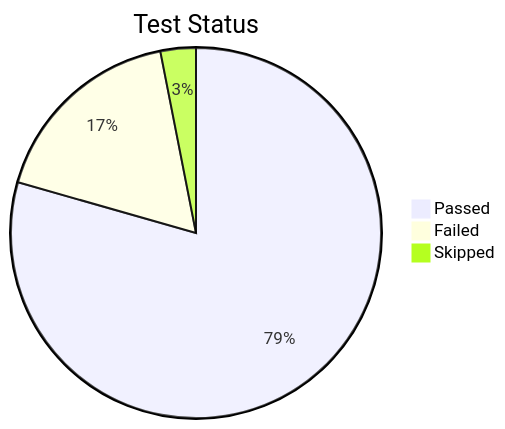
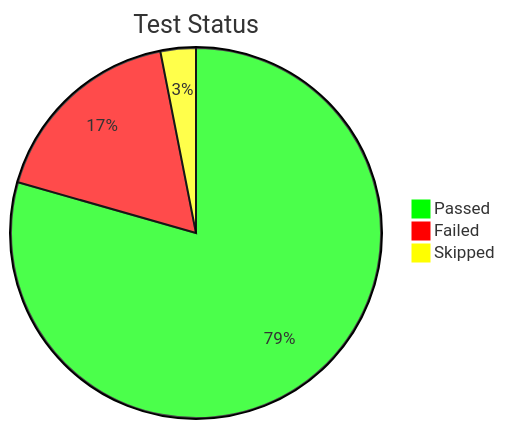
Before and after one commit to manykarim/robot-framework-reporting: the diagram in README.md, drawn with Mermaid.

Commit message:
Add colors

````diff
--- a/README.md
+++ b/README.md
@@ -3,6 +3,7 @@
 ```mermaid
+%%{init: {'theme': 'base', 'themeVariables': { 'pie1': '#00FF00', 'pie2': '#FF0000', 'pie3': '#FFFF00'}}}%%
 pie title Test Status
     "Passed" : 386
     "Failed" : 85
     "Skipped" : 15
 ```
````
